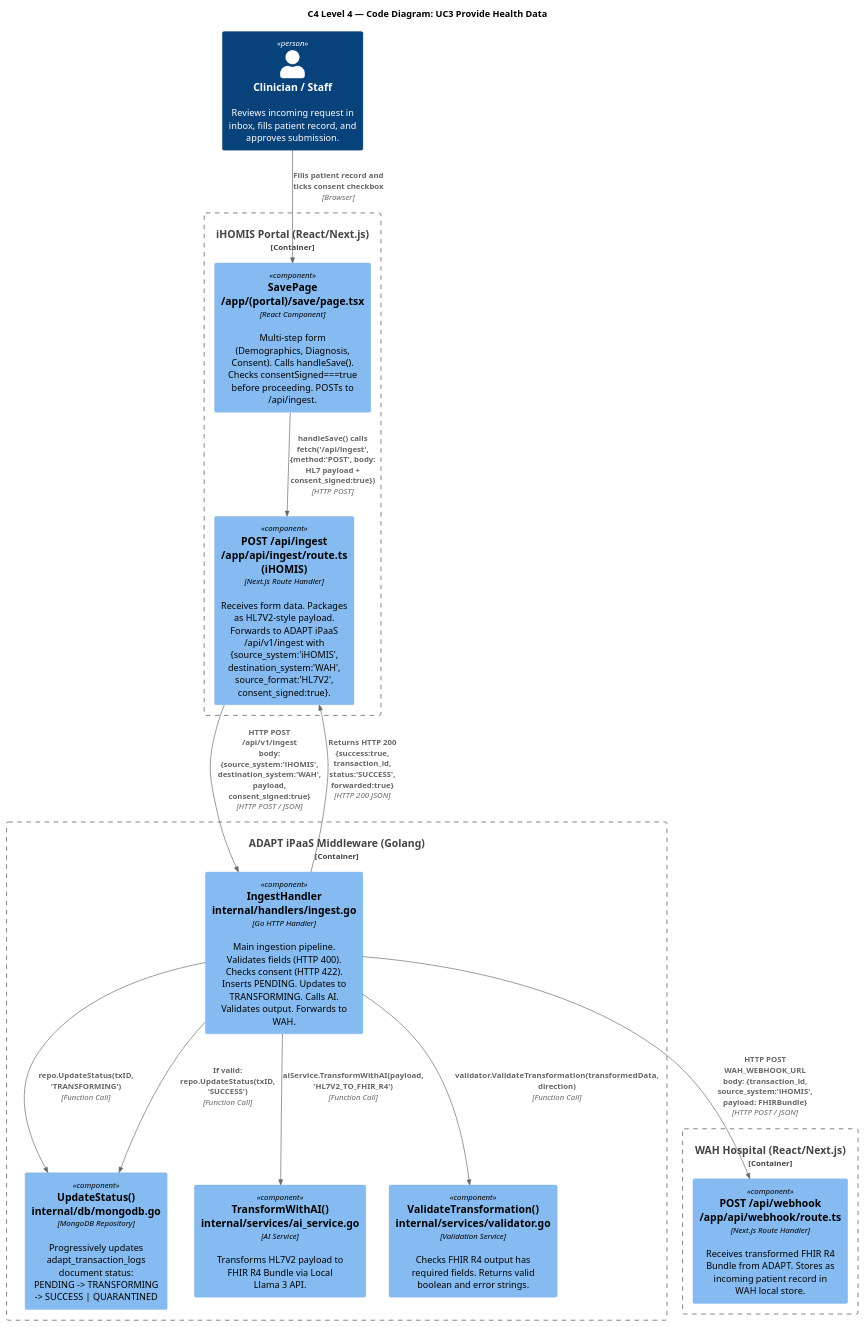
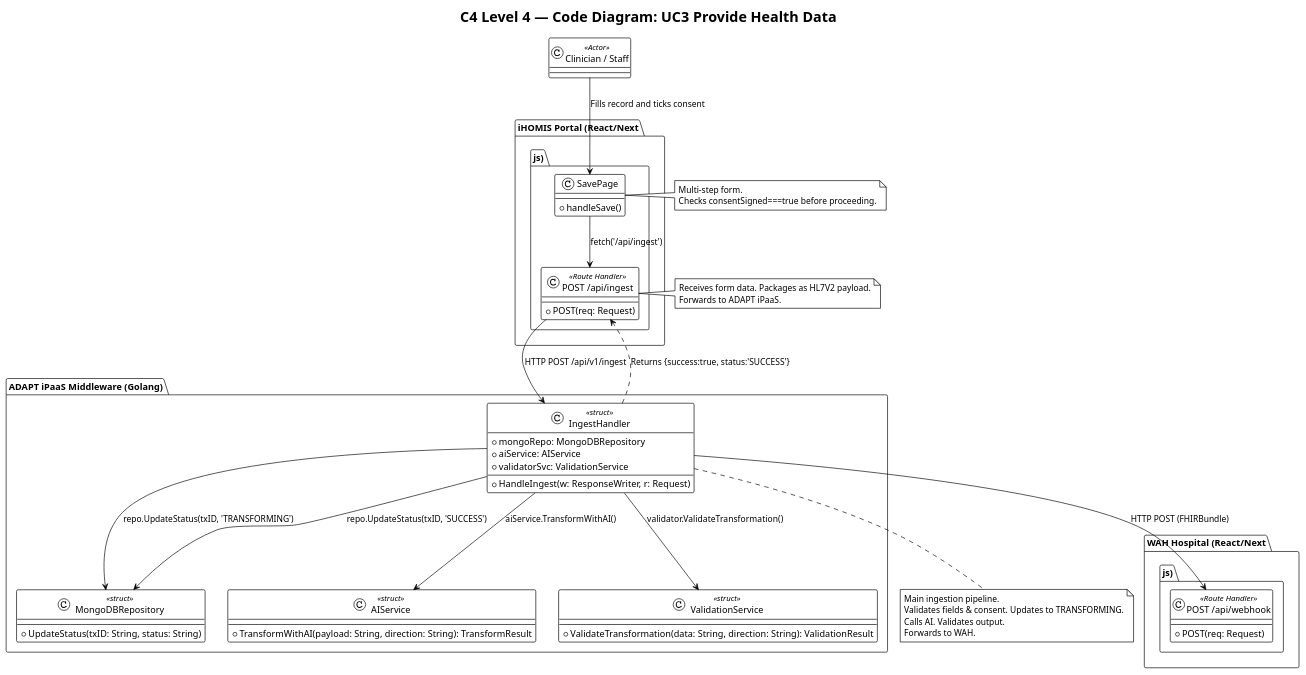
Before and after one commit to Vince0028/WAH4PCE-MERGE-CONFLICT: the diagram in diagrams/c4_diagram/code_diagram/uc3_provide_health_data.puml, drawn with PlantUML. The commit also changed 6 other files, not shown here.

Commit message:
docs: add PlantUML code diagrams for system use cases and data pipelines

```diff
--- a/diagrams/c4_diagram/code_diagram/uc3_provide_health_data.puml
+++ b/diagrams/c4_diagram/code_diagram/uc3_provide_health_data.puml
@@ -1,34 +1,67 @@
 @startuml UC3_Provide_Health_Data
-!include https://raw.githubusercontent.com/plantuml-stdlib/C4-PlantUML/master/C4_Component.puml
-
+!theme plain
 title C4 Level 4 — Code Diagram: UC3 Provide Health Data
 
-Person(clinician, "Clinician / Staff", "Reviews incoming request in inbox, fills patient record, and approves submission.")
-
-Container_Boundary(ihomis, "iHOMIS Portal (React/Next.js)") {
-    Component(save_page, "SavePage\n/app/(portal)/save/page.tsx", "React Component", "Multi-step form (Demographics, Diagnosis, Consent). Calls handleSave(). Checks consentSigned===true before proceeding. POSTs to /api/ingest.")
-    Component(ihomis_ingest_proxy, "POST /api/ingest\n/app/api/ingest/route.ts (iHOMIS)", "Next.js Route Handler", "Receives form data. Packages as HL7V2-style payload. Forwards to ADAPT iPaaS /api/v1/ingest with {source_system:'iHOMIS', destination_system:'WAH', source_format:'HL7V2', consent_signed:true}.")
+package "iHOMIS Portal (React/Next.js)" {
+    class SavePage {
+        + handleSave()
+    }
+    class "POST /api/ingest" as iHOMISIngestProxy <<Route Handler>> {
+        + POST(req: Request)
+    }
 }
 
-Container_Boundary(adapt, "ADAPT iPaaS Middleware (Golang)") {
-    Component(adapt_ingest_handler, "IngestHandler\ninternal/handlers/ingest.go", "Go HTTP Handler", "Main ingestion pipeline. Validates fields (HTTP 400). Checks consent (HTTP 422). Inserts PENDING. Updates to TRANSFORMING. Calls AI. Validates output. Forwards to WAH.")
-    Component(mongo_update, "UpdateStatus()\ninternal/db/mongodb.go", "MongoDB Repository", "Progressively updates adapt_transaction_logs document status:\nPENDING -> TRANSFORMING -> SUCCESS | QUARANTINED")
-    Component(ai_service, "TransformWithAI()\ninternal/services/ai_service.go", "AI Service", "Transforms HL7V2 payload to FHIR R4 Bundle via Local Llama 3 API.")
-    Component(validator_svc, "ValidateTransformation()\ninternal/services/validator.go", "Validation Service", "Checks FHIR R4 output has required fields. Returns valid boolean and error strings.")
+package "ADAPT iPaaS Middleware (Golang)" {
+    class IngestHandler <<struct>> {
+        + mongoRepo: MongoDBRepository
+        + aiService: AIService
+        + validatorSvc: ValidationService
+        + HandleIngest(w: ResponseWriter, r: Request)
+    }
+    class MongoDBRepository <<struct>> {
+        + UpdateStatus(txID: String, status: String)
+    }
+    class AIService <<struct>> {
+        + TransformWithAI(payload: String, direction: String): TransformResult
+    }
+    class ValidationService <<struct>> {
+        + ValidateTransformation(data: String, direction: String): ValidationResult
+    }
 }
 
-Container_Boundary(wah, "WAH Hospital (React/Next.js)") {
-    Component(wah_webhook, "POST /api/webhook\n/app/api/webhook/route.ts", "Next.js Route Handler", "Receives transformed FHIR R4 Bundle from ADAPT. Stores as incoming patient record in WAH local store.")
+package "WAH Hospital (React/Next.js)" {
+    class "POST /api/webhook" as WAHWebhook <<Route Handler>> {
+        + POST(req: Request)
+    }
 }
 
-Rel(clinician, save_page, "Fills patient record and ticks consent checkbox", "Browser")
-Rel(save_page, ihomis_ingest_proxy, "handleSave() calls\nfetch('/api/ingest', {method:'POST', body: HL7 payload + consent_signed:true})", "HTTP POST")
-Rel(ihomis_ingest_proxy, adapt_ingest_handler, "HTTP POST /api/v1/ingest\nbody: {source_system:'iHOMIS', destination_system:'WAH', payload, consent_signed:true}", "HTTP POST / JSON")
-Rel(adapt_ingest_handler, mongo_update, "repo.UpdateStatus(txID, 'TRANSFORMING')", "Function Call")
-Rel(adapt_ingest_handler, ai_service, "aiService.TransformWithAI(payload, 'HL7V2_TO_FHIR_R4')", "Function Call")
-Rel(adapt_ingest_handler, validator_svc, "validator.ValidateTransformation(transformedData, direction)", "Function Call")
-Rel(adapt_ingest_handler, mongo_update, "If valid: repo.UpdateStatus(txID, 'SUCCESS')", "Function Call")
-Rel(adapt_ingest_handler, wah_webhook, "HTTP POST WAH_WEBHOOK_URL\nbody: {transaction_id, source_system:'iHOMIS', payload: FHIRBundle}", "HTTP POST / JSON")
-Rel(adapt_ingest_handler, ihomis_ingest_proxy, "Returns HTTP 200\n{success:true, transaction_id, status:'SUCCESS', forwarded:true}", "HTTP 200 JSON")
+class "Clinician / Staff" as Clinician <<Actor>>
+
+Clinician --> SavePage : Fills record and ticks consent
+SavePage --> iHOMISIngestProxy : fetch('/api/ingest')
+iHOMISIngestProxy --> IngestHandler : HTTP POST /api/v1/ingest
+IngestHandler --> MongoDBRepository : repo.UpdateStatus(txID, 'TRANSFORMING')
+IngestHandler --> AIService : aiService.TransformWithAI()
+IngestHandler --> ValidationService : validator.ValidateTransformation()
+IngestHandler --> MongoDBRepository : repo.UpdateStatus(txID, 'SUCCESS')
+IngestHandler --> WAHWebhook : HTTP POST (FHIRBundle)
+IngestHandler ..> iHOMISIngestProxy : Returns {success:true, status:'SUCCESS'}
+
+note right of SavePage
+  Multi-step form.
+  Checks consentSigned===true before proceeding.
+end note
+
+note right of iHOMISIngestProxy
+  Receives form data. Packages as HL7V2 payload.
+  Forwards to ADAPT iPaaS.
+end note
+
+note bottom of IngestHandler
+  Main ingestion pipeline.
+  Validates fields & consent. Updates to TRANSFORMING.
+  Calls AI. Validates output.
+  Forwards to WAH.
+end note
 
 @enduml
```
